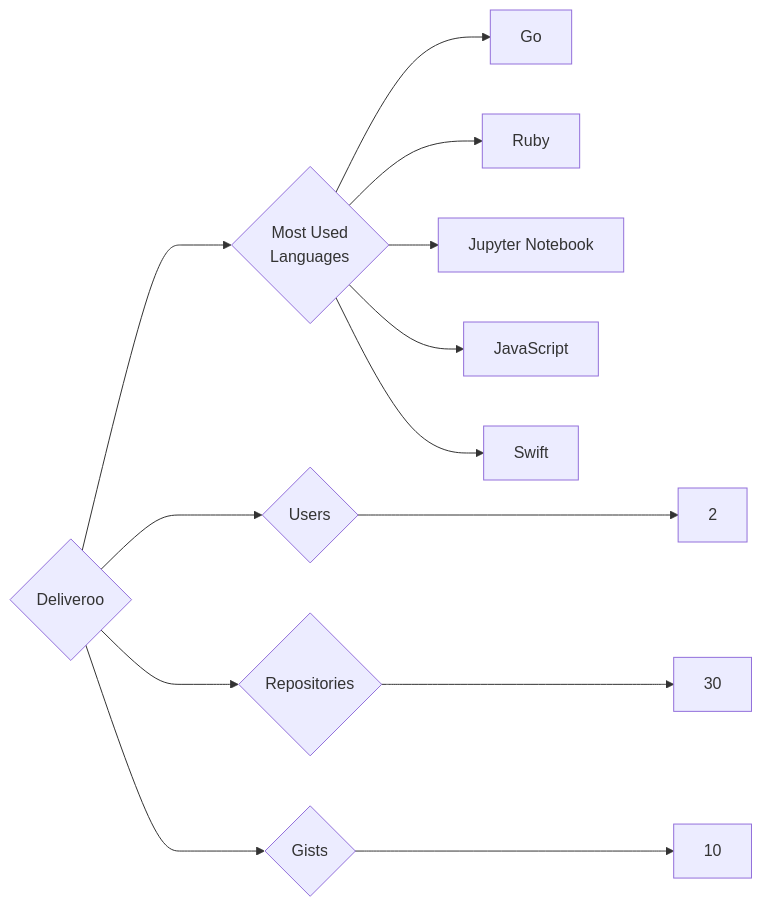
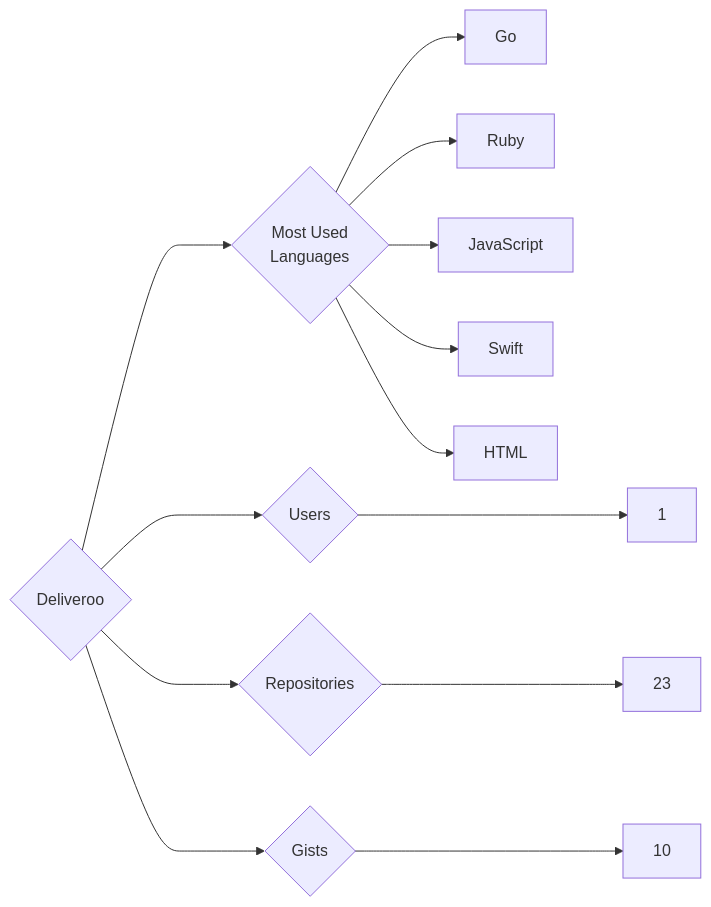
The diagram in targets/Deliveroo/README.md (trickest/insiders), drawn with Mermaid before and after one commit. The commit also changed 840 other files, not shown here.

````diff
--- a/targets/Deliveroo/README.md
+++ b/targets/Deliveroo/README.md
@@ -3,13 +3,13 @@
 ```mermaid
 graph LR
 COMPANY_NAME{Deliveroo}
-COMPANY_NAME ---> U{Users} ---> UN[2]
-COMPANY_NAME ---> R{Repositories} ---> RN[30]
+COMPANY_NAME ---> U{Users} ---> UN[1]
+COMPANY_NAME ---> R{Repositories} ---> RN[23]
 COMPANY_NAME ---> G{Gists} ---> GN[10]
 COMPANY_NAME ---> ML{Most Used<br>Languages}
 ML --> Go[Go]
 ML --> Ruby[Ruby]
-ML --> Jupyter_Notebook[Jupyter Notebook]
 ML --> JavaScript[JavaScript]
 ML --> Swift[Swift]
+ML --> HTML[HTML]
 ```
````
